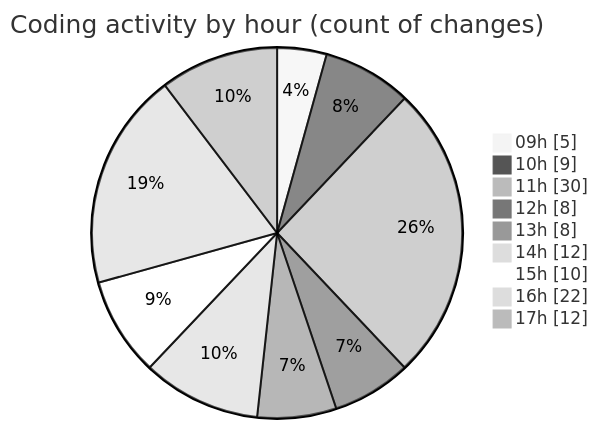
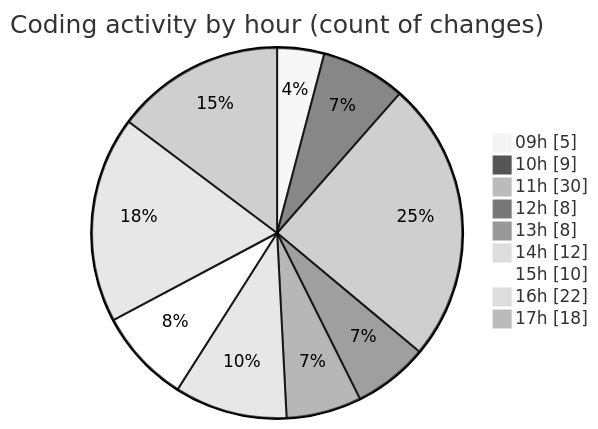
The second of 2 diagrams in 2025-02-03/cda/README.md (momahboobian/code-tracking), drawn with Mermaid (neutral theme) before and after one commit. The commit also changed other lines of this file and 1 other file, not shown here.

````diff
--- a/2025-02-03/cda/README.md
+++ b/2025-02-03/cda/README.md
@@ -33,13 +33,13 @@
 ```mermaid
 pie showData
 title Coding activity by hour (count of changes)
 "09h" : 5
 "10h" : 9
 "11h" : 30
 "12h" : 8
 "13h" : 8
 "14h" : 12
 "15h" : 10
 "16h" : 22
-"17h" : 12
+"17h" : 18
 ```
````
